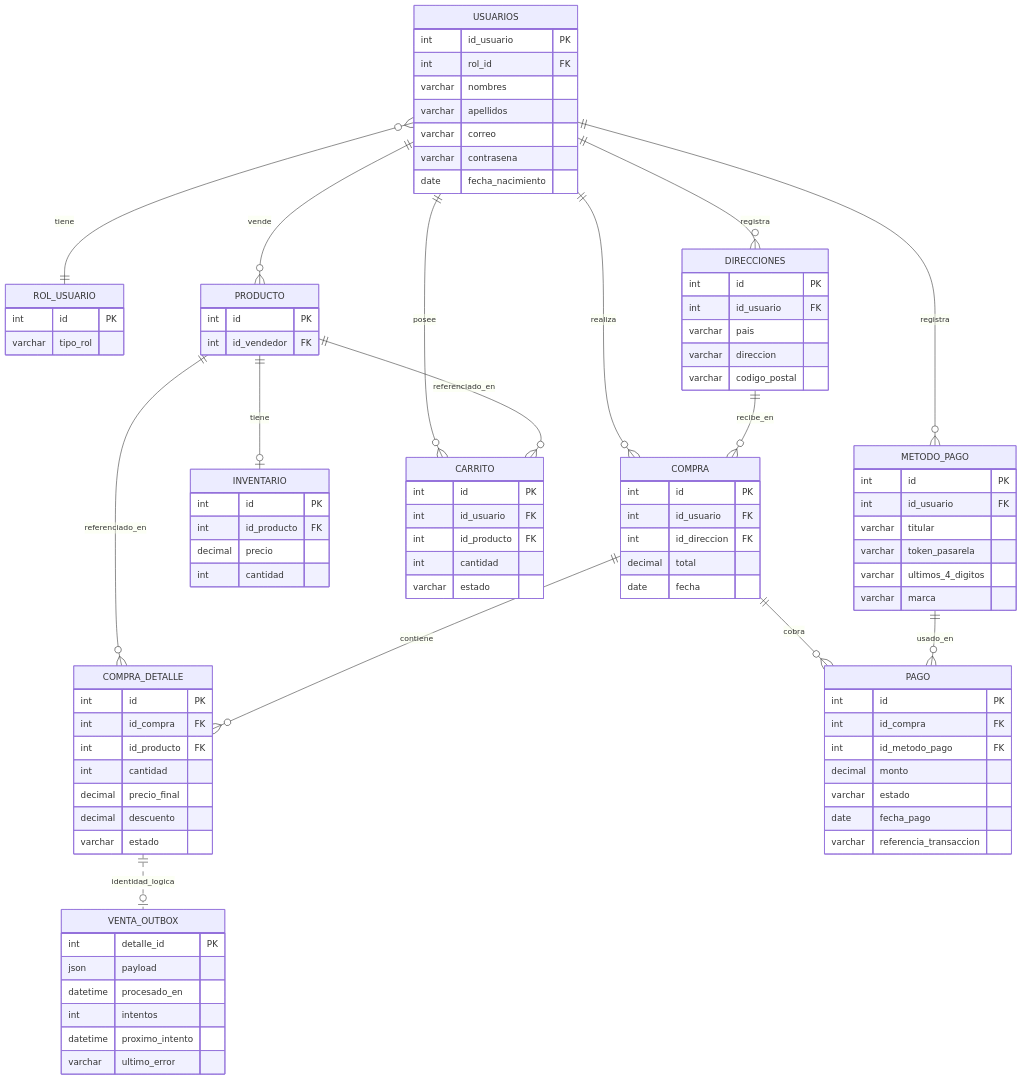
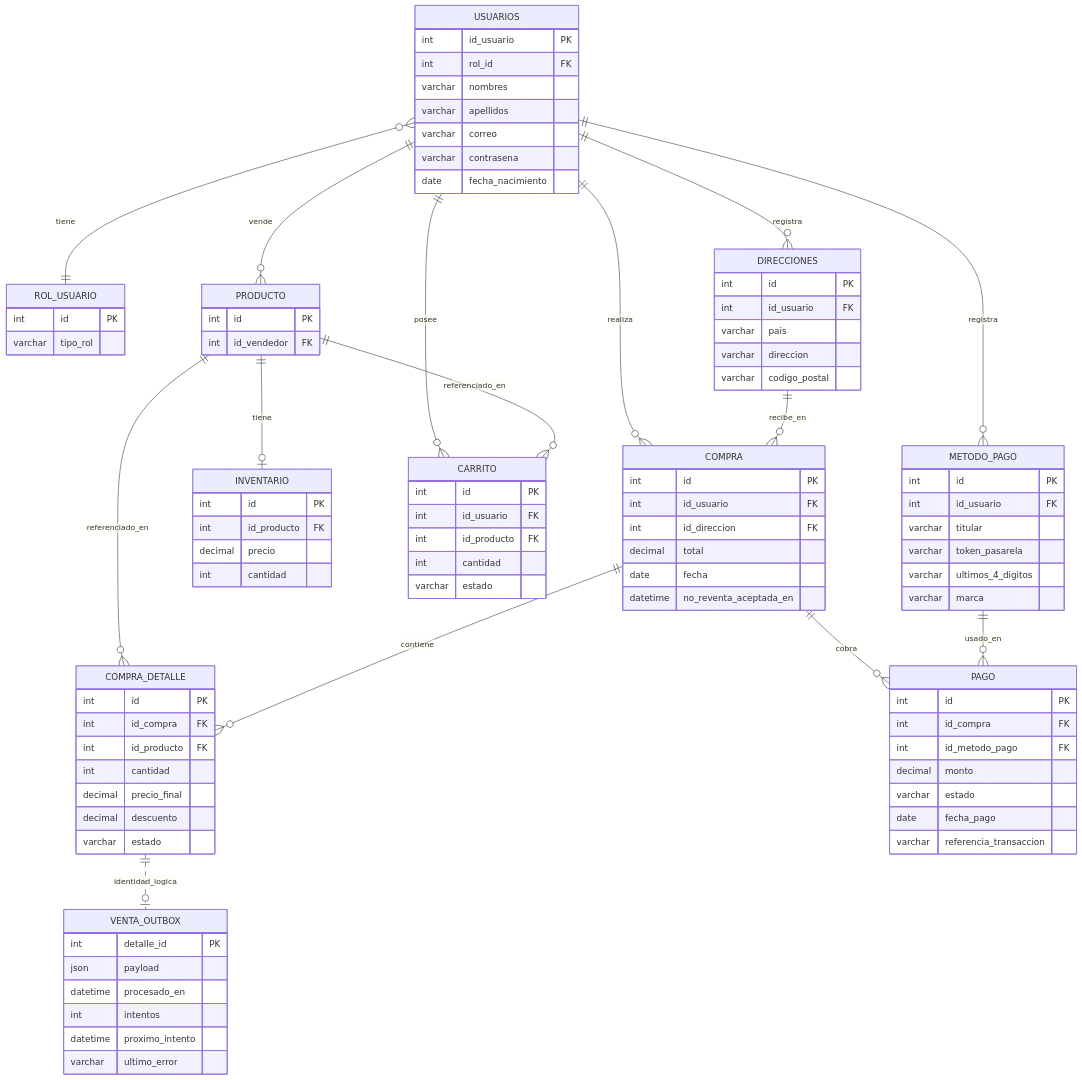
The second of 2 diagrams in IA/ERD-ARQUITECTURA-POLIGLOTA.md (VidStal12/Base_de_Datos_2_P), drawn with Mermaid before and after one commit. The commit also changed other lines of this file and 37 other files, not shown here.

```diff
--- a/IA/ERD-ARQUITECTURA-POLIGLOTA.md
+++ b/IA/ERD-ARQUITECTURA-POLIGLOTA.md
@@ -195,6 +200,7 @@
         int id_direccion FK
         decimal total
         date fecha
+        datetime no_reventa_aceptada_en
     }
     COMPRA_DETALLE {
         int id PK
```
